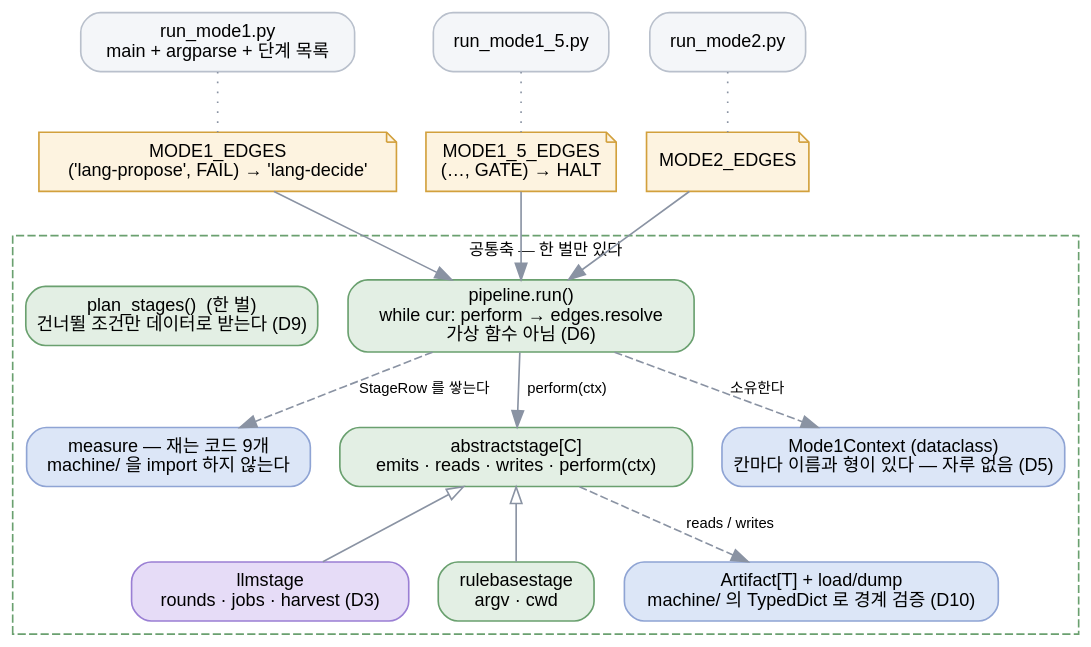
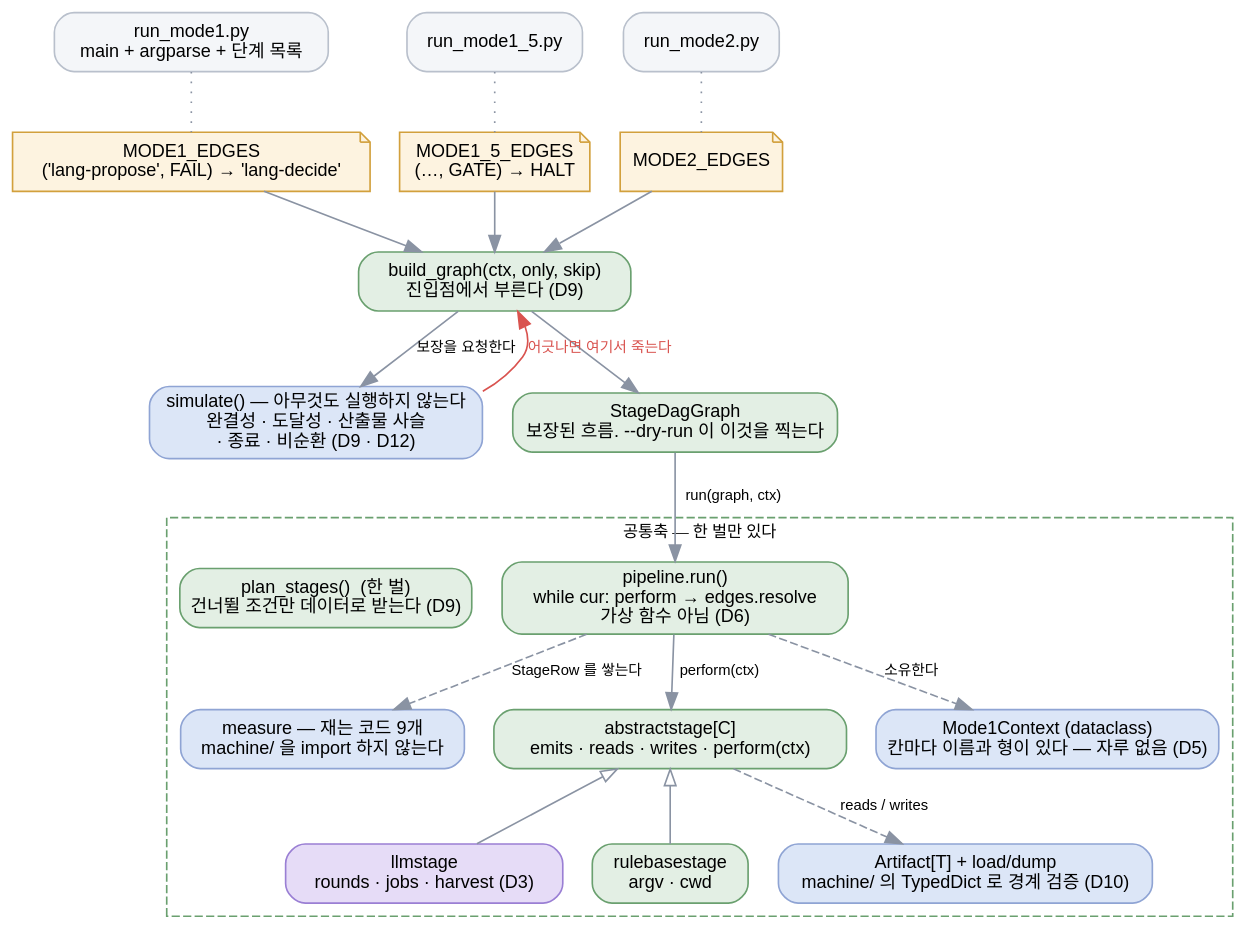
One commit to DogGuyMan/Agent-Report-Build-Pipeline changed the diagram in docs/superpowers/specs/runner-stage-machine/after.dot. Above: the diagram before and after it, drawn with Graphviz. The commit also changed 4 other files, not shown here.

Commit message:
[docs] : 단계 기계 설계에 StageDagGraph 팩토리 번복과 비순환 결정 반영

```diff
--- a/docs/superpowers/specs/runner-stage-machine/after.dot
+++ b/docs/superpowers/specs/runner-stage-machine/after.dot
@@ -1,34 +1,41 @@
 digraph after {
   rankdir=TB; bgcolor="transparent"; compound=true;
   node [shape=box style="rounded,filled" fontname="Helvetica" fontsize=11 color="#b9c0cc" fillcolor="#f4f6f9"];
   edge [color="#8a93a3" fontname="Helvetica" fontsize=9];
 
   subgraph cluster_core { label="공통축 — 한 벌만 있다"; style=dashed; color="#6aa06f"; fontsize=10;
     drive [label="pipeline.run()\nwhile cur: perform → edges.resolve\n가상 함수 아님 (D6)" fillcolor="#e3efe4" color="#6aa06f"];
     plan  [label="plan_stages()  (한 벌)\n건너뛸 조건만 데이터로 받는다 (D9)" fillcolor="#e3efe4" color="#6aa06f"];
     meas  [label="measure — 재는 코드 9개\nmachine/ 을 import 하지 않는다" fillcolor="#dce6f7" color="#8fa4d4"];
     stage [label="abstractstage[C]\nemits · reads · writes · perform(ctx)" fillcolor="#e3efe4" color="#6aa06f"];
     llm   [label="llmstage\nrounds · jobs · harvest (D3)" fillcolor="#e6dcf7" color="#9a7fd4"];
     rule  [label="rulebasestage\nargv · cwd" fillcolor="#e3efe4" color="#6aa06f"];
     art   [label="Artifact[T] + load/dump\nmachine/ 의 TypedDict 로 경계 검증 (D10)" fillcolor="#dce6f7" color="#8fa4d4"];
     ctx   [label="Mode1Context (dataclass)\n칸마다 이름과 형이 있다 — 자루 없음 (D5)" fillcolor="#dce6f7" color="#8fa4d4"];
   }
 
   stage -> llm  [dir=back arrowtail=onormal arrowhead=none];
   stage -> rule [dir=back arrowtail=onormal arrowhead=none];
   drive -> stage [label="perform(ctx)"];
   drive -> meas  [label="StageRow 를 쌓는다" style=dashed];
   stage -> art   [label="reads / writes" style=dashed];
   drive -> ctx   [label="소유한다" style=dashed];
 
   e1 [label="MODE1_EDGES\n('lang-propose', FAIL) → 'lang-decide'" shape=note fillcolor="#fdf3e0" color="#d2a03c"];
   e2 [label="MODE1_5_EDGES\n(…, GATE) → HALT" shape=note fillcolor="#fdf3e0" color="#d2a03c"];
   e3 [label="MODE2_EDGES" shape=note fillcolor="#fdf3e0" color="#d2a03c"];
 
   m1  [label="run_mode1.py\nmain + argparse + 단계 목록"];
   m15 [label="run_mode1_5.py"];
   m2  [label="run_mode2.py"];
 
+  fac [label="build_graph(ctx, only, skip)\n진입점에서 부른다 (D9)" fillcolor="#e3efe4" color="#6aa06f"];
+  sim [label="simulate() — 아무것도 실행하지 않는다\n완결성 · 도달성 · 산출물 사슬\n· 종료 · 비순환 (D9 · D12)" fillcolor="#dce6f7" color="#8fa4d4"];
+  dag [label="StageDagGraph\n보장된 흐름. --dry-run 이 이것을 찍는다" fillcolor="#e3efe4" color="#6aa06f"];
+
   m1 -> e1 [style=dotted arrowhead=none]; m15 -> e2 [style=dotted arrowhead=none]; m2 -> e3 [style=dotted arrowhead=none];
-  e1 -> drive; e2 -> drive; e3 -> drive;
+  e1 -> fac; e2 -> fac; e3 -> fac;
+  fac -> sim [label="보장을 요청한다"];
+  sim -> fac [label="어긋나면 여기서 죽는다" color="#d9534f" fontcolor="#d9534f" constraint=false];
+  fac -> dag; dag -> drive [label="run(graph, ctx)"];
 }
```
